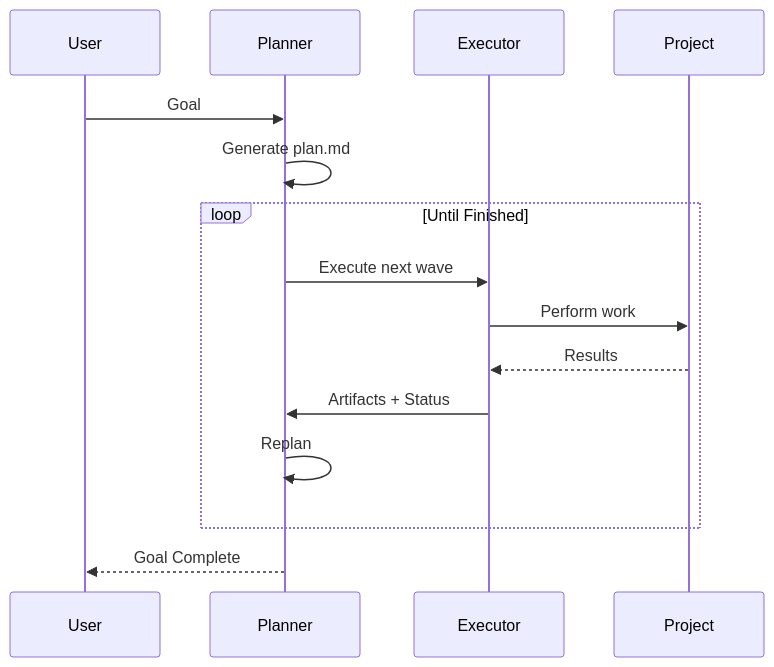
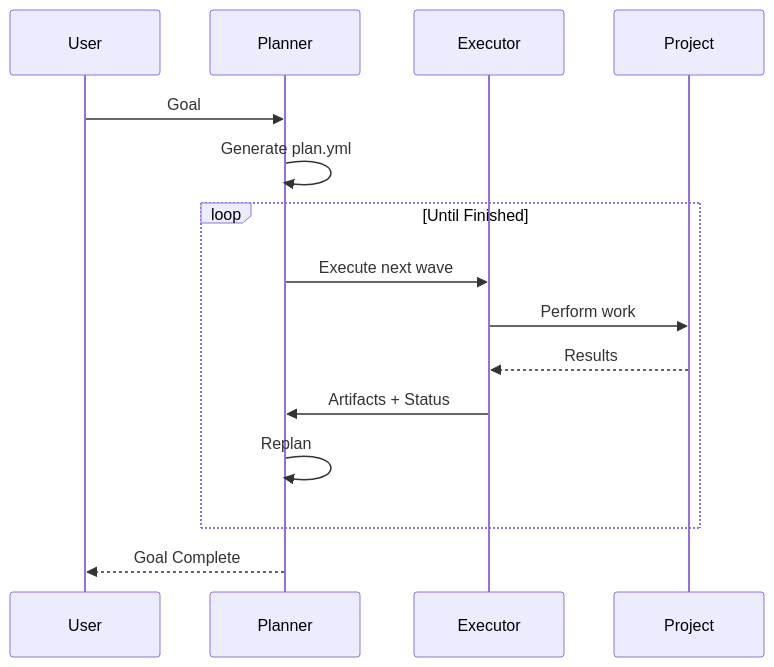
The eighth of 8 diagrams in README.md (010101mostafa/Waves-Compiler), drawn with Mermaid before and after one commit. The commit also changed other lines of this file, not shown here.

Commit message:
Rename plan.md to plan.yml in documentation

````diff
--- a/README.md
+++ b/README.md
@@ -373,31 +347,31 @@
 ```mermaid
 sequenceDiagram
 
 participant User
 
 participant Planner
 
 participant Executor
 
 participant Project
 
 User->>Planner: Goal
 
-Planner->>Planner: Generate plan.md
+Planner->>Planner: Generate plan.yml
 
 loop Until Finished
 
 Planner->>Executor: Execute next wave
 
 Executor->>Project: Perform work
 
 Project-->>Executor: Results
 
 Executor->>Planner: Artifacts + Status
 
 Planner->>Planner: Replan
 
 end
 
 Planner-->>User: Goal Complete
 ```
````
